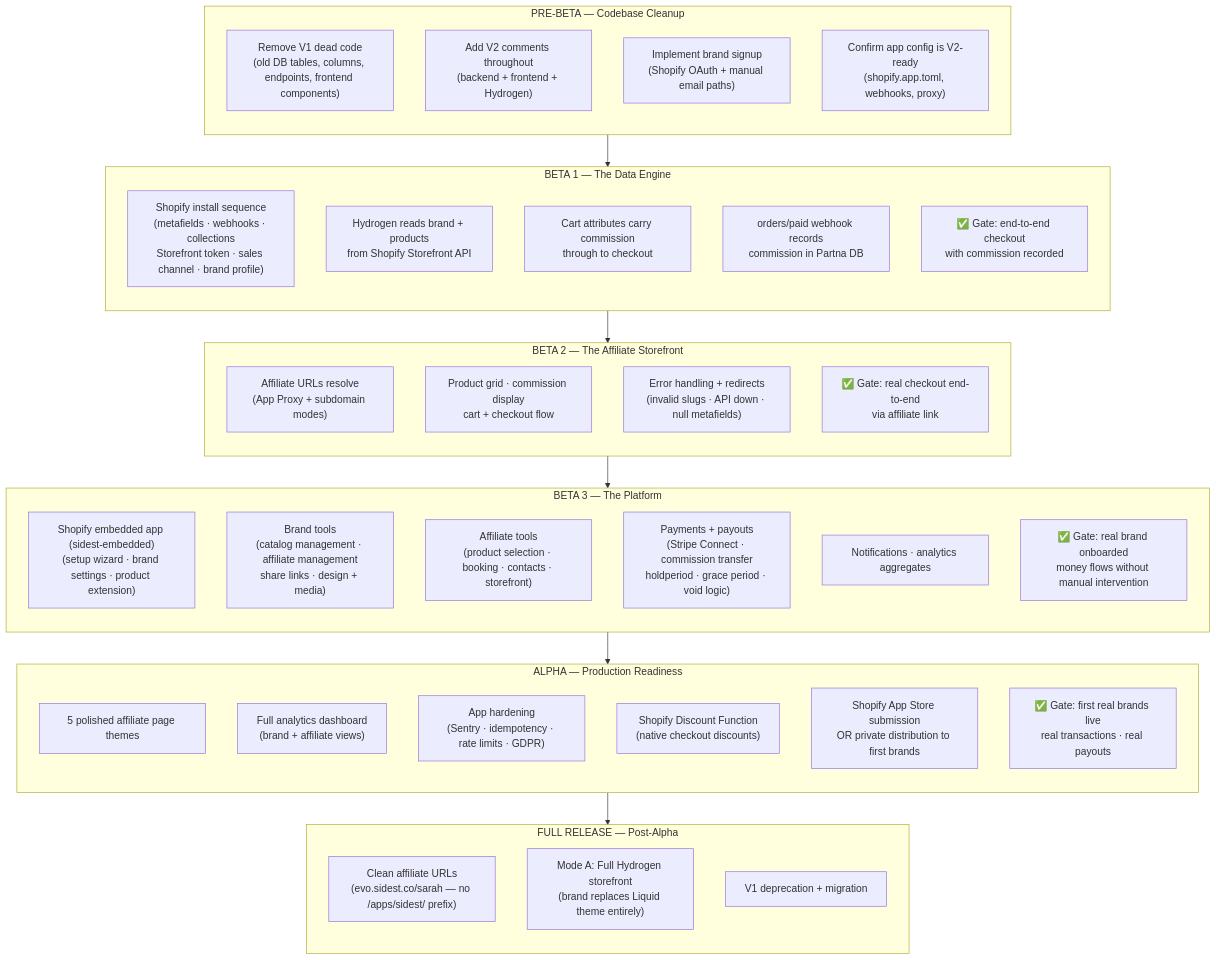
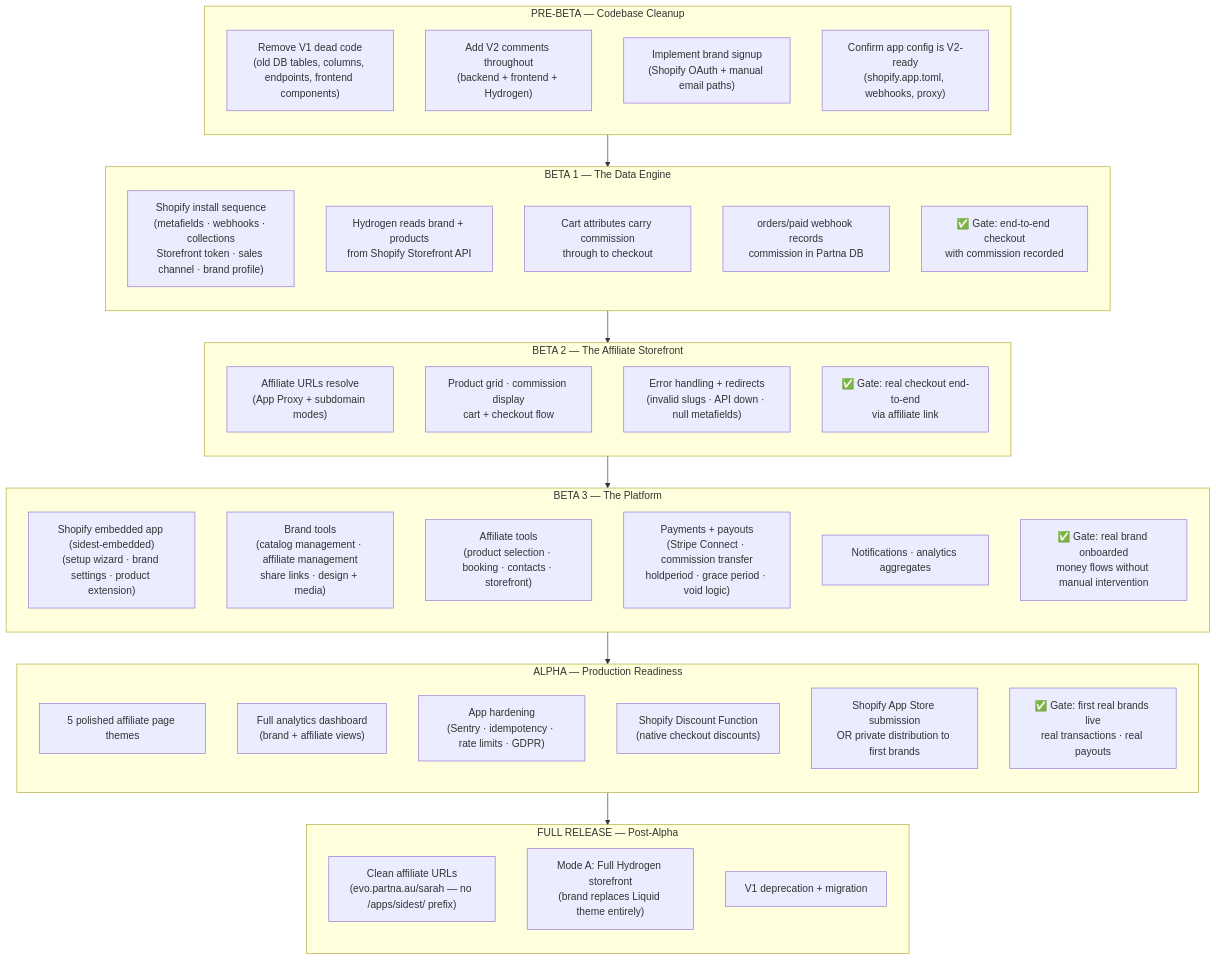
The second of 2 diagrams in PLAN.md (Hunter-Balcombe-Sykes/sidest-backend), drawn with Mermaid before and after one commit. The commit also changed other lines of this file and 20 other files, not shown here.

````diff
--- a/PLAN.md
+++ b/PLAN.md
@@ -76,57 +76,57 @@
 ```mermaid
 flowchart TD
 
   subgraph PB["PRE-BETA — Codebase Cleanup"]
     direction TB
     PB1["Remove V1 dead code\n(old DB tables, columns, endpoints, frontend components)"]
     PB2["Add V2 comments throughout\n(backend + frontend + Hydrogen)"]
     PB3["Implement brand signup\n(Shopify OAuth + manual email paths)"]
     PB4["Confirm app config is V2-ready\n(shopify.app.toml, webhooks, proxy)"]
   end
 
   subgraph B1["BETA 1 — The Data Engine"]
     direction TB
     B1A["Shopify install sequence\n(metafields · webhooks · collections\nStorefront token · sales channel · brand profile)"]
     B1B["Hydrogen reads brand + products\nfrom Shopify Storefront API"]
     B1C["Cart attributes carry commission\nthrough to checkout"]
     B1D["orders/paid webhook records\ncommission in Partna DB"]
     B1E["✅ Gate: end-to-end checkout\nwith commission recorded"]
   end
 
   subgraph B2["BETA 2 — The Affiliate Storefront"]
     direction TB
     B2A["Affiliate URLs resolve\n(App Proxy + subdomain modes)"]
     B2B["Product grid · commission display\ncart + checkout flow"]
     B2C["Error handling + redirects\n(invalid slugs · API down · null metafields)"]
     B2D["✅ Gate: real checkout end-to-end\nvia affiliate link"]
   end
 
   subgraph B3["BETA 3 — The Platform"]
     direction TB
     B3A["Shopify embedded app (sidest-embedded)\n(setup wizard · brand settings · product extension)"]
     B3B["Brand tools\n(catalog management · affiliate management\nshare links · design + media)"]
     B3C["Affiliate tools\n(product selection · booking · contacts · storefront)"]
     B3D["Payments + payouts\n(Stripe Connect · commission transfer\nholdperiod · grace period · void logic)"]
     B3E["Notifications · analytics aggregates"]
     B3F["✅ Gate: real brand onboarded\nmoney flows without manual intervention"]
   end
 
   subgraph AL["ALPHA — Production Readiness"]
     direction TB
     AL1["5 polished affiliate page themes"]
     AL2["Full analytics dashboard\n(brand + affiliate views)"]
     AL3["App hardening\n(Sentry · idempotency · rate limits · GDPR)"]
     AL4["Shopify Discount Function\n(native checkout discounts)"]
     AL5["Shopify App Store submission\nOR private distribution to first brands"]
     AL6["✅ Gate: first real brands live\nreal transactions · real payouts"]
   end
 
   subgraph FR["FULL RELEASE — Post-Alpha"]
     direction TB
-    FR1["Clean affiliate URLs\n(evo.sidest.co/sarah — no /apps/sidest/ prefix)"]
+    FR1["Clean affiliate URLs\n(evo.partna.au/sarah — no /apps/sidest/ prefix)"]
     FR2["Mode A: Full Hydrogen storefront\n(brand replaces Liquid theme entirely)"]
     FR3["V1 deprecation + migration"]
   end
 
   PB --> B1 --> B2 --> B3 --> AL --> FR
 ```
````
